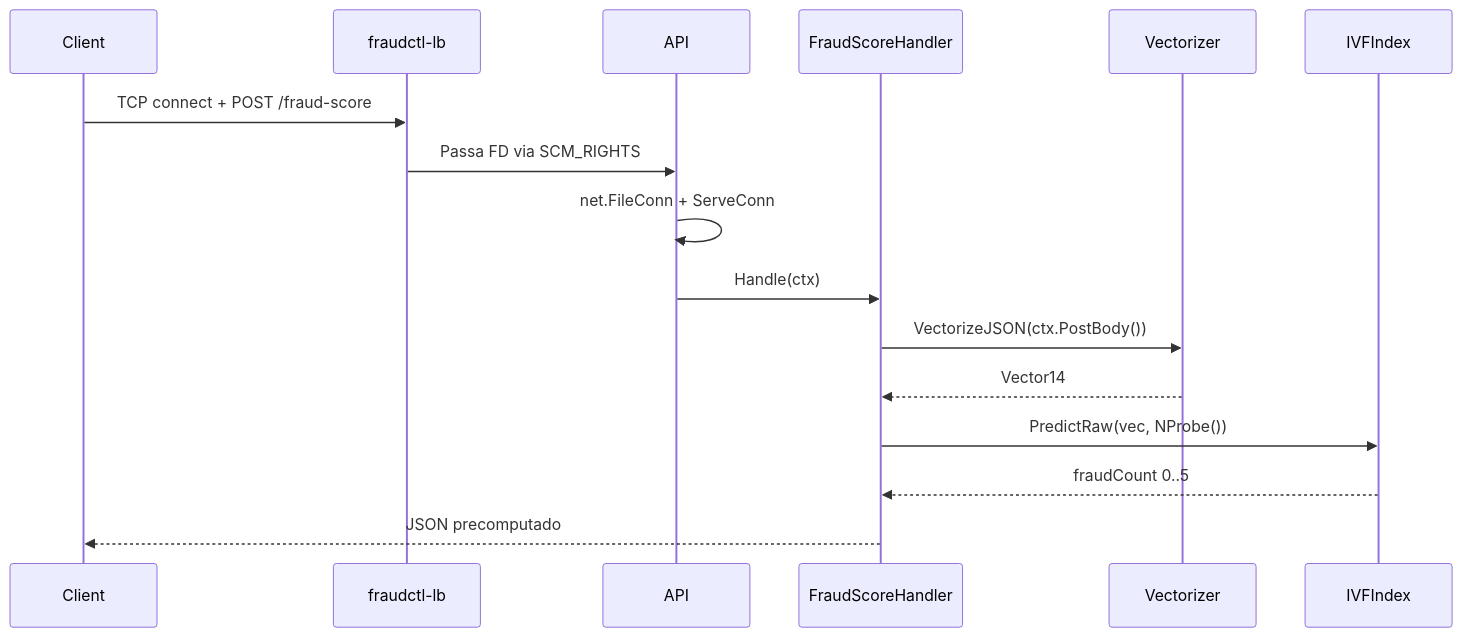
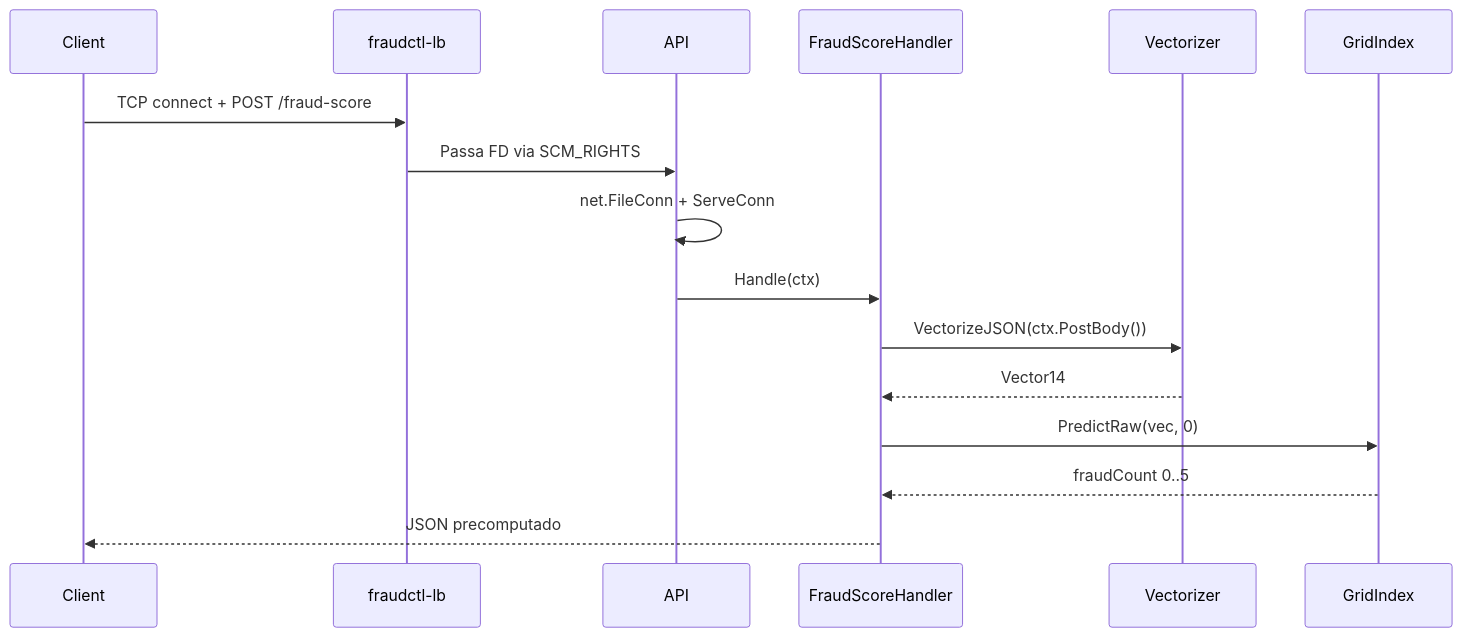
Before and after one commit to fabianoflorentino/fraudctl: the second of 3 diagrams in docs/ARCHITECTURE.md, drawn with Mermaid. The commit also changed other lines of this file and 1 other file, not shown here.

First line of the commit message:
docs: update README and ARCHITECTURE for grid index

````diff
--- a/docs/ARCHITECTURE.md
+++ b/docs/ARCHITECTURE.md
@@ -29,19 +29,19 @@
 ```mermaid
 sequenceDiagram
     participant C as Client
     participant LB as fraudctl-lb
     participant A as API
     participant H as FraudScoreHandler
     participant V as Vectorizer
-    participant K as IVFIndex
+    participant K as GridIndex
 
     C->>LB: TCP connect + POST /fraud-score
     LB->>A: Passa FD via SCM_RIGHTS
     A->>A: net.FileConn + ServeConn
     A->>H: Handle(ctx)
     H->>V: VectorizeJSON(ctx.PostBody())
     V-->>H: Vector14
-    H->>K: PredictRaw(vec, NProbe())
+    H->>K: PredictRaw(vec, 0)
     K-->>H: fraudCount 0..5
     H-->>C: JSON precomputado
 ```
````
